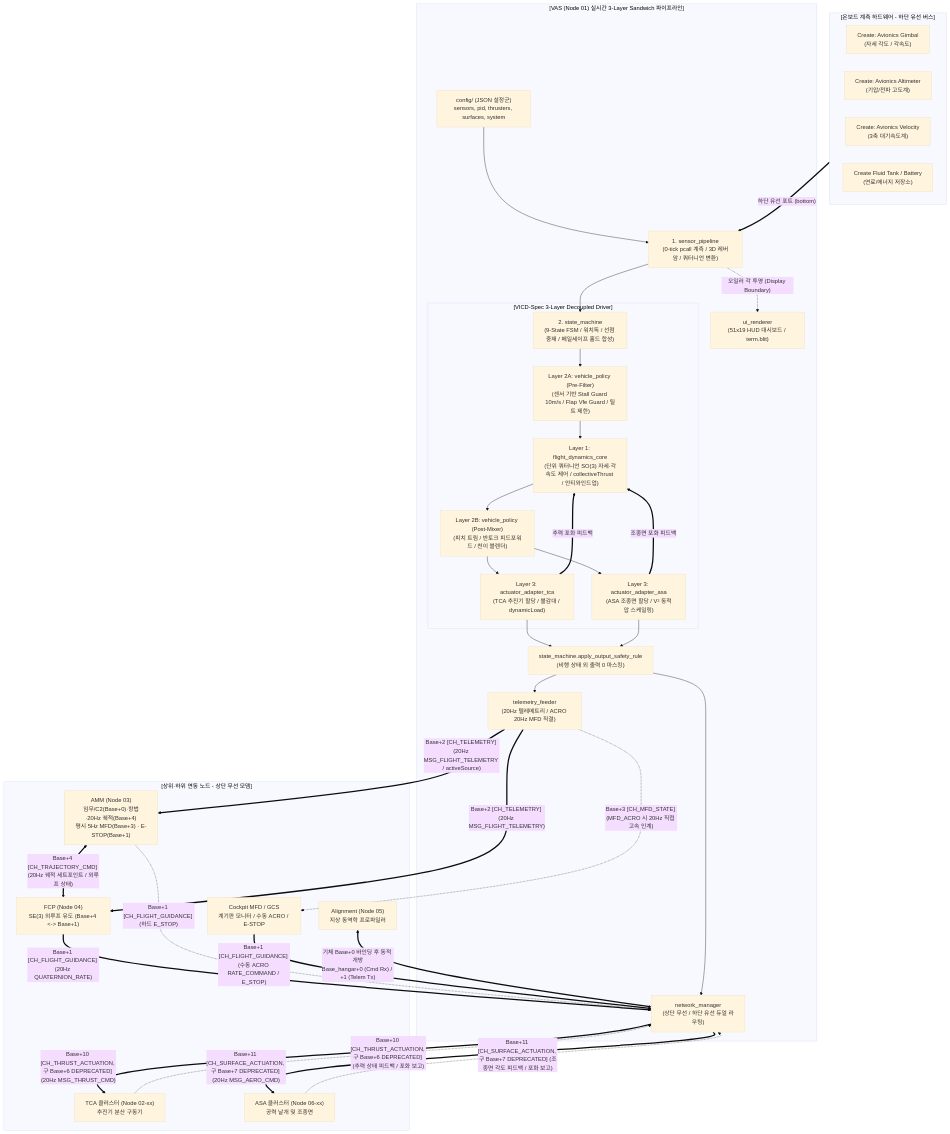
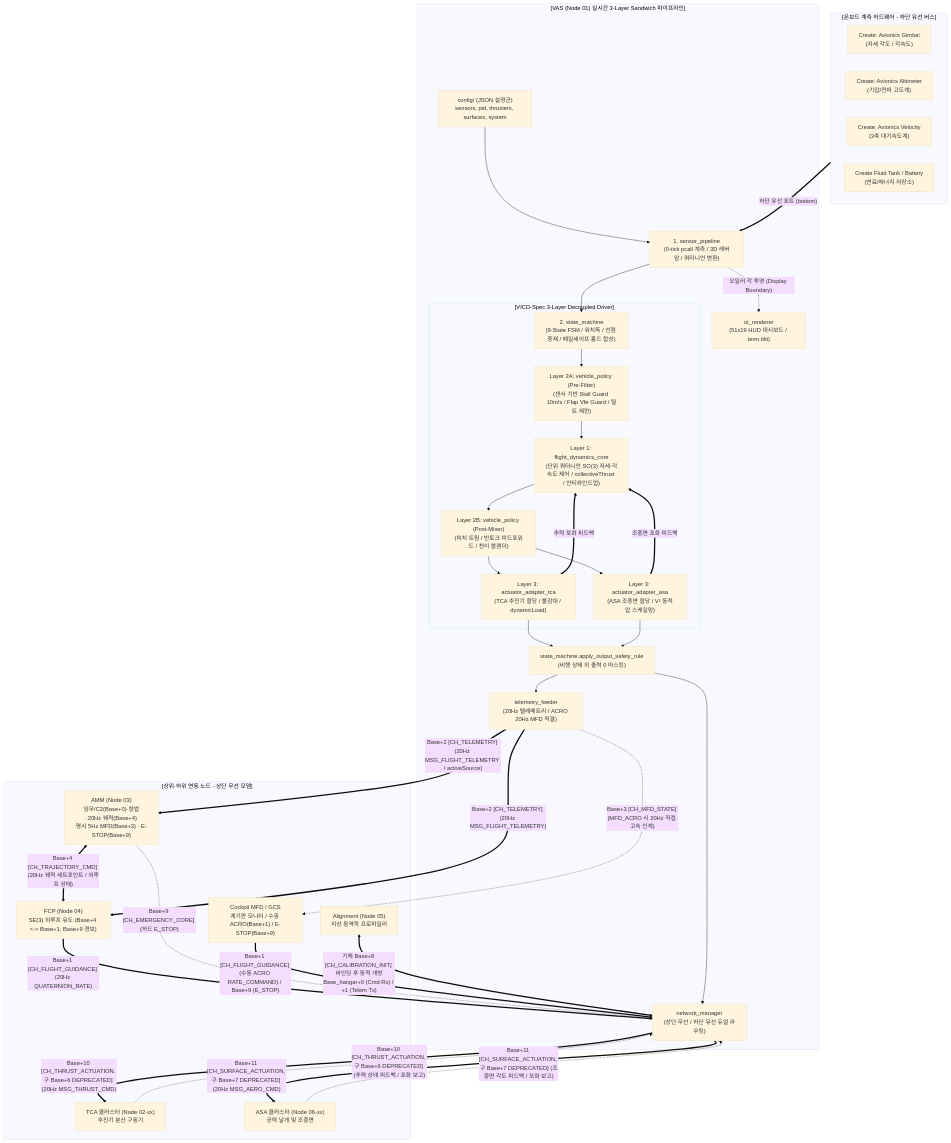
The first of 4 diagrams in docs/specs/1_control/vas/VAS_PROGRAM_SPECIFICATION.md (Polimachi/Aeroneutics_Autopilot), drawn with Mermaid (base theme) before and after one commit. The commit also changed other lines of this file and 10 other files, not shown here.

````diff
--- a/docs/specs/1_control/vas/VAS_PROGRAM_SPECIFICATION.md
+++ b/docs/specs/1_control/vas/VAS_PROGRAM_SPECIFICATION.md
@@ -70,53 +71,53 @@
 ```mermaid
 flowchart TD
     subgraph SENSORS["[온보드 계측 하드웨어 - 하단 유선 버스]"]
         GIMBAL["Create: Avionics Gimbal<br/>(자세 각도 / 각속도)"]
         ALT["Create: Avionics Altimeter<br/>(기압/전파 고도계)"]
         VEL["Create: Avionics Velocity<br/>(3축 대기속도계)"]
         FUEL["Create Fluid Tank / Battery<br/>(연료/에너지 저장소)"]
     end
 
     subgraph VAS["[VAS (Node 01) 실시간 3-Layer Sandwich 파이프라인]"]
         CONF["config/ (JSON 설정군)<br/>sensors, pid, thrusters, surfaces, system"] --> SENS_PIPE["1. sensor_pipeline<br/>(0-tick pcall 계측 / 3D 레버암 / 쿼터니언 변환)"]
         SENS_PIPE --> FSM["2. state_machine<br/>(9-State FSM / 워치독 / 선점 중재 / 페일세이프 홀드 합성)"]
         
         subgraph DRIVER_SANDWICH["[VICD-Spec 3-Layer Decoupled Driver]"]
             FSM --> L2A["Layer 2A: vehicle_policy (Pre-Filter)<br/>(센서 기반 Stall Guard 10m/s / Flap Vfe Guard / 틸트 제한)"]
             L2A --> L1["Layer 1: flight_dynamics_core<br/>(단위 쿼터니언 SO(3) 자세·각속도 제어 / collectiveThrust / 안티와인드업)"]
             L1 --> L2B["Layer 2B: vehicle_policy (Post-Mixer)<br/>(피치 트림 / 반토크 피드포워드 / 천이 블렌더)"]
             L2B --> L3_TCA["Layer 3: actuator_adapter_tca<br/>(TCA 추진기 할당 / 불감대 / dynamicLoad)"]
             L2B --> L3_ASA["Layer 3: actuator_adapter_asa<br/>(ASA 조종면 할당 / V² 동적압 스케일링)"]
             L3_TCA ==>|"추력 포화 피드백"| L1
             L3_ASA ==>|"조종면 포화 피드백"| L1
         end
 
         L3_TCA --> SAFETY["state_machine.apply_output_safety_rule<br/>(비행 상태 외 출력 0 마스킹)"]
         L3_ASA --> SAFETY
         SAFETY --> COMMS["network_manager<br/>(상단 무선 / 하단 유선 듀얼 라우팅)"]
         SAFETY --> TELEM["telemetry_feeder<br/>(20Hz 텔레메트리 / ACRO 20Hz MFD 직결)"]
         SENS_PIPE -.->|"오일러 각 투영 (Display Boundary)"| UI["ui_renderer<br/>(51x19 HUD 대시보드 / term.blit)"]
     end
 
     subgraph INTERFACE_EXTERNAL["[상위·하위 연동 노드 - 상단 무선 모뎀]"]
-        AMM["AMM (Node 03)<br/>임무/C2(Base+0)·항법·20Hz 궤적(Base+4)<br/>평시 5Hz MFD(Base+3) · E-STOP(Base+1)"]
-        FCP["FCP (Node 04)<br/>SE(3) 외루프 유도 (Base+4 <-> Base+1)"]
+        AMM["AMM (Node 03)<br/>임무/C2(Base+0)·항법·20Hz 궤적(Base+4)<br/>평시 5Hz MFD(Base+3) · E-STOP(Base+9)"]
+        FCP["FCP (Node 04)<br/>SE(3) 외루프 유도 (Base+4 <-> Base+1, Base+9 경보)"]
         TCA["TCA 클러스터 (Node 02-xx)<br/>추진기 분산 구동기"]
         ASA["ASA 클러스터 (Node 06-xx)<br/>공력 날개 및 조종면"]
-        MFD["Cockpit MFD / GCS<br/>계기판 모니터 / 수동 ACRO / E-STOP"]
+        MFD["Cockpit MFD / GCS<br/>계기판 모니터 / 수동 ACRO(Base+1) / E-STOP(Base+9)"]
         ALIGN["Alignment (Node 05)<br/>지상 동역학 프로파일러"]
     end
 
     SENSORS ==>|"하단 유선 포트 (bottom)"| SENS_PIPE
     AMM <==>|"Base+4 [CH_TRAJECTORY_CMD] (20Hz 궤적 세트포인트 / 외루프 상태)"| FCP
     FCP ==>|"Base+1 [CH_FLIGHT_GUIDANCE] (20Hz QUATERNION_RATE)"| COMMS
-    AMM -.->|"Base+1 [CH_FLIGHT_GUIDANCE] (하드 E_STOP)"| COMMS
-    MFD ==>|"Base+1 [CH_FLIGHT_GUIDANCE] (수동 ACRO RATE_COMMAND / E_STOP)"| COMMS
+    AMM -.->|"Base+9 [CH_EMERGENCY_CORE] (하드 E_STOP)"| COMMS
+    MFD ==>|"Base+1 [CH_FLIGHT_GUIDANCE] (수동 ACRO RATE_COMMAND) / Base+9 (E_STOP)"| COMMS
     COMMS ==>|"Base+10 [CH_THRUST_ACTUATION, 구 Base+6 DEPRECATED] (20Hz MSG_THRUST_CMD)"| TCA
     TCA -.->|"Base+10 [CH_THRUST_ACTUATION, 구 Base+6 DEPRECATED] (추력 상태 피드백 / 포화 보고)"| COMMS
     COMMS ==>|"Base+11 [CH_SURFACE_ACTUATION, 구 Base+7 DEPRECATED] (20Hz MSG_AERO_CMD)"| ASA
     ASA -.->|"Base+11 [CH_SURFACE_ACTUATION, 구 Base+7 DEPRECATED] (조종면 각도 피드백 / 포화 보고)"| COMMS
     TELEM ==>|"Base+2 [CH_TELEMETRY] (20Hz MSG_FLIGHT_TELEMETRY)"| FCP
     TELEM ==>|"Base+2 [CH_TELEMETRY] (20Hz MSG_FLIGHT_TELEMETRY / activeSource)"| AMM
     TELEM -.->|"Base+3 [CH_MFD_STATE] (MFD_ACRO 시 20Hz 직접 고속 인계)"| MFD
-    ALIGN <==>|"기체 Base+0 바인딩 후 동적 개방<br/>Base_hangar+0 (Cmd Rx) / +1 (Telem Tx)"| COMMS
+    ALIGN <==>|"기체 Base+8 [CH_CALIBRATION_INIT] 바인딩 후 동적 개방<br/>Base_hangar+0 (Cmd Rx) / +1 (Telem Tx)"| COMMS
 ```
````
